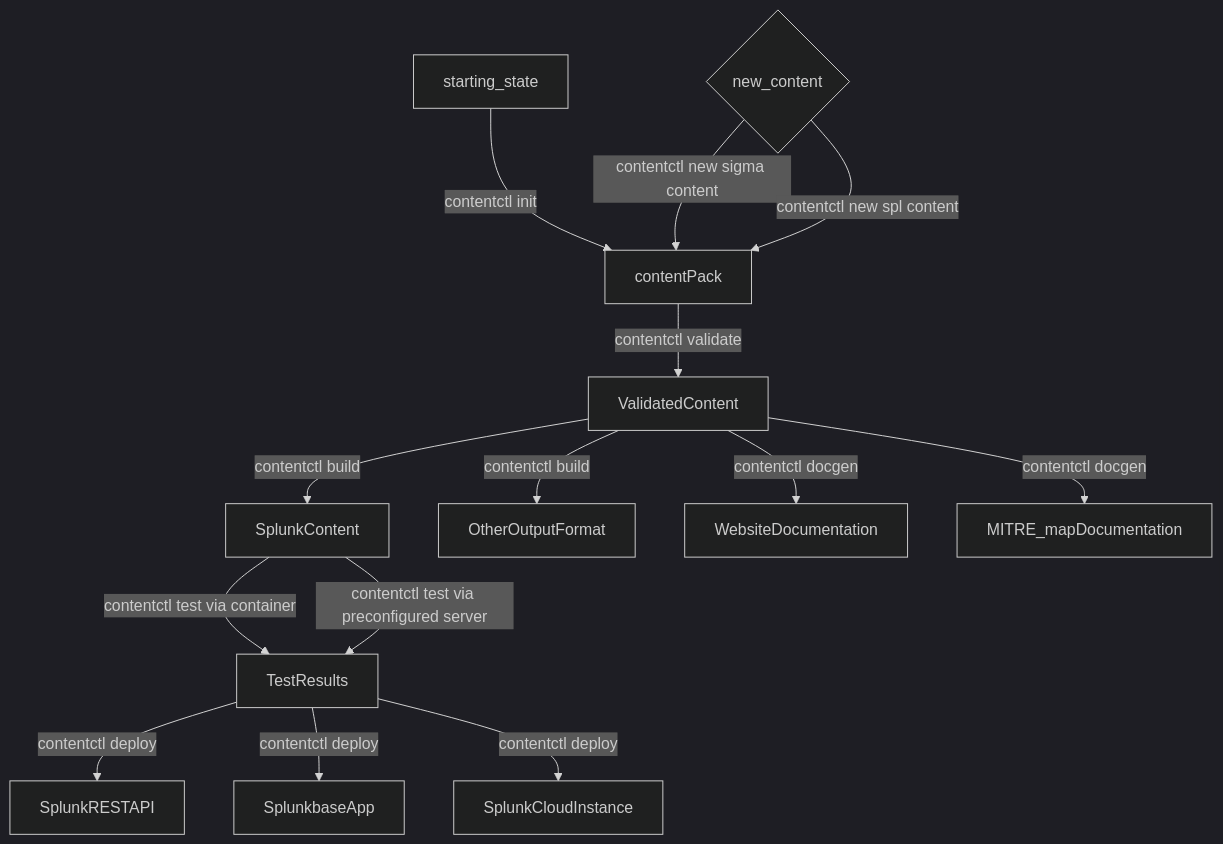
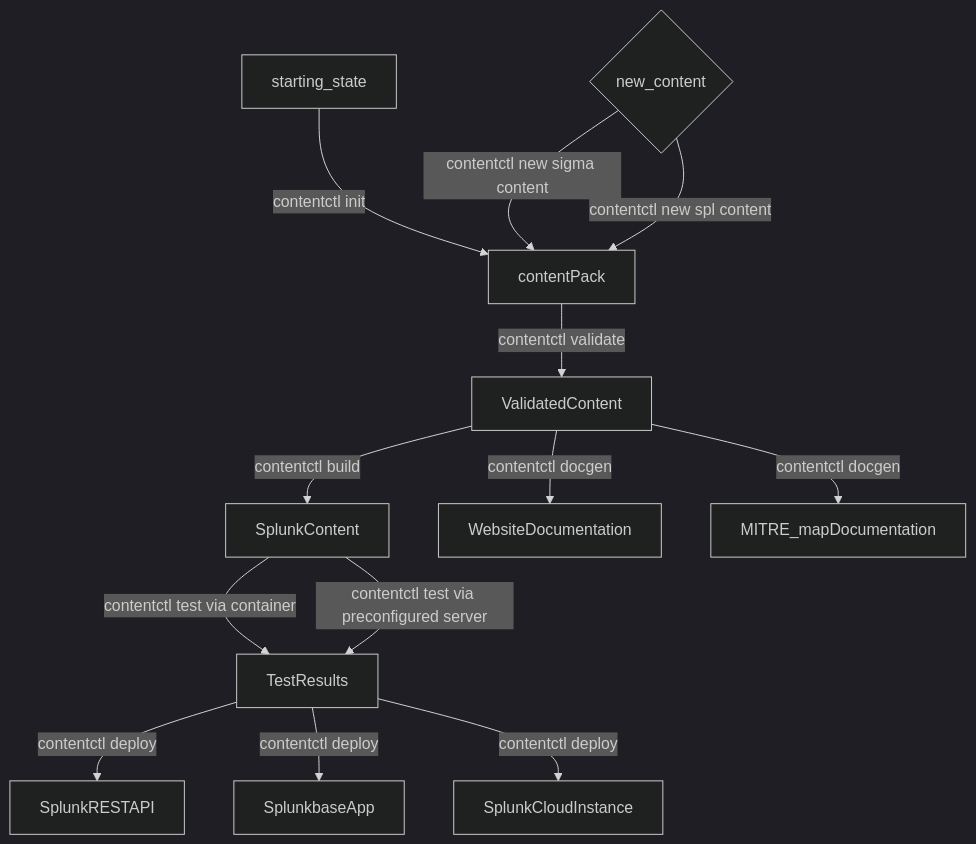
The diagram in README.md (splunk/contentctl), drawn with Mermaid (dark theme) before and after one commit.

Commit message:
Update README.md
remove other output format from diagram

````diff
--- a/README.md
+++ b/README.md
@@ -41,16 +41,15 @@
 ```mermaid
 graph TD
 starting_state --contentctl init--> contentPack 
 newContent{new_content} --contentctl new sigma content--> contentPack
 newContent{new_content} --contentctl new spl content--> contentPack
 contentPack --contentctl validate--> ValidatedContent
 ValidatedContent --contentctl build--> SplunkContent
-ValidatedContent --contentctl build--> OtherOutputFormat
 ValidatedContent --contentctl docgen--> WebsiteDocumentation
 ValidatedContent --contentctl docgen--> MITRE_mapDocumentation
 SplunkContent --contentctl test via container-->TestResults
 SplunkContent --contentctl test via preconfigured server-->TestResults
 TestResults --contentctl deploy-->SplunkRESTAPI
 TestResults --contentctl deploy-->SplunkbaseApp
 TestResults --contentctl deploy-->SplunkCloudInstance
 ```
````
